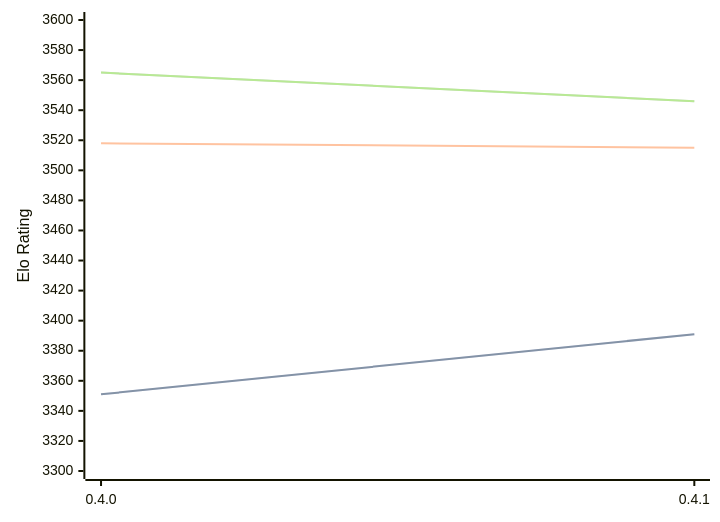
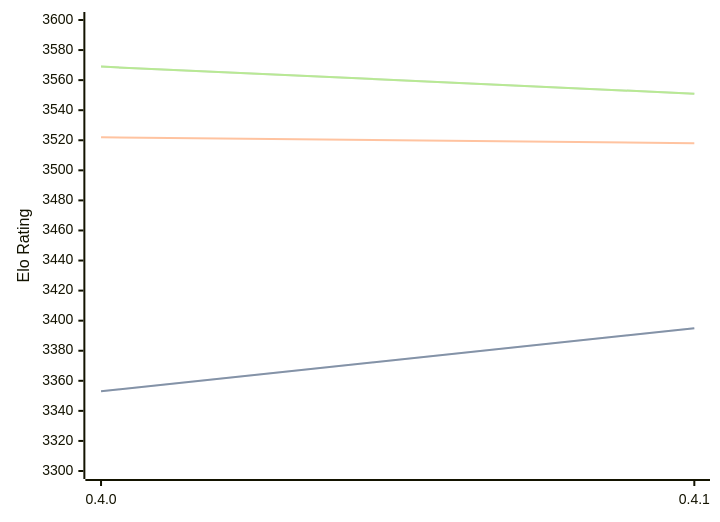
One commit to computer-chess-index/cci changed the diagram in engines/Cinder.md. Above: the diagram before and after it, drawn with Mermaid. The commit also changed other lines of this file, not shown here.

Commit message:
Update CCI Ratings (ELO VLTC) - 2026-05-02

````diff
--- a/engines/Cinder.md
+++ b/engines/Cinder.md
@@ -40,11 +40,11 @@
 ```mermaid
 %%{init: {"theme":"base","themeVariables":{"seriesColors:['#a3a3a3','#222221','#faa371']}}}%%
 xychart-beta
   x-axis ["0.4.0", "0.4.1"]
   y-axis "Elo Rating" 3300 --> 3600
-  line "STC (8.0+0.08s)" [3351, 3391]
-  line "STC (8.0+0.08s)" [3351, 3391]
-  line "LTC (60.0+0.60s)" [3518, 3515]
-  line "VLTC (2m24s+1.12s)" [3565, 3546]
-  line "VLTC (2m24s+1.12s)" [3565, 3546]
+  line "STC (8.0+0.08s)" [3353, 3395]
+  line "STC (8.0+0.08s)" [3353, 3395]
+  line "LTC (60.0+0.60s)" [3522, 3518]
+  line "VLTC (2m24s+1.12s)" [3569, 3551]
+  line "VLTC (2m24s+1.12s)" [3569, 3551]
 ```
````
